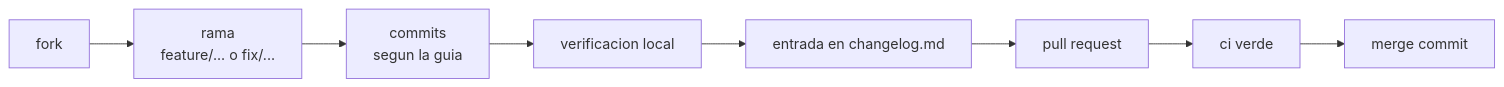
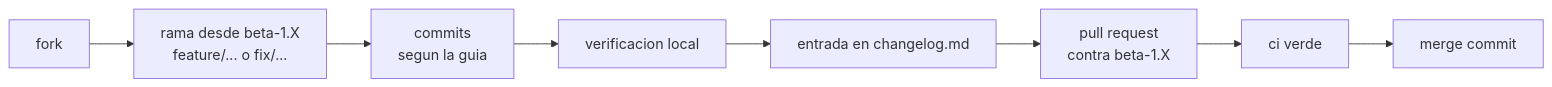
The diagram in documentation/es/desarrolladores/12-contribuir.md (rezzt-dev/focusphone-app), drawn with Mermaid before and after one commit. The commit also changed other lines of this file and 42 other files, not shown here.

````diff
--- a/documentation/es/desarrolladores/12-contribuir.md
+++ b/documentation/es/desarrolladores/12-contribuir.md
@@ -24,10 +24,10 @@
 ```mermaid
 flowchart LR
-    A["fork"] --> B["rama<br>feature/... o fix/..."]
+    A["fork"] --> B["rama desde beta-1.X<br>feature/... o fix/..."]
     B --> C["commits<br>segun la guia"]
     C --> D["verificacion local"]
     D --> E["entrada en changelog.md"]
-    E --> F["pull request"]
+    E --> F["pull request<br>contra beta-1.X"]
     F --> G["ci verde"]
     G --> H["merge commit"]
 ```
````
